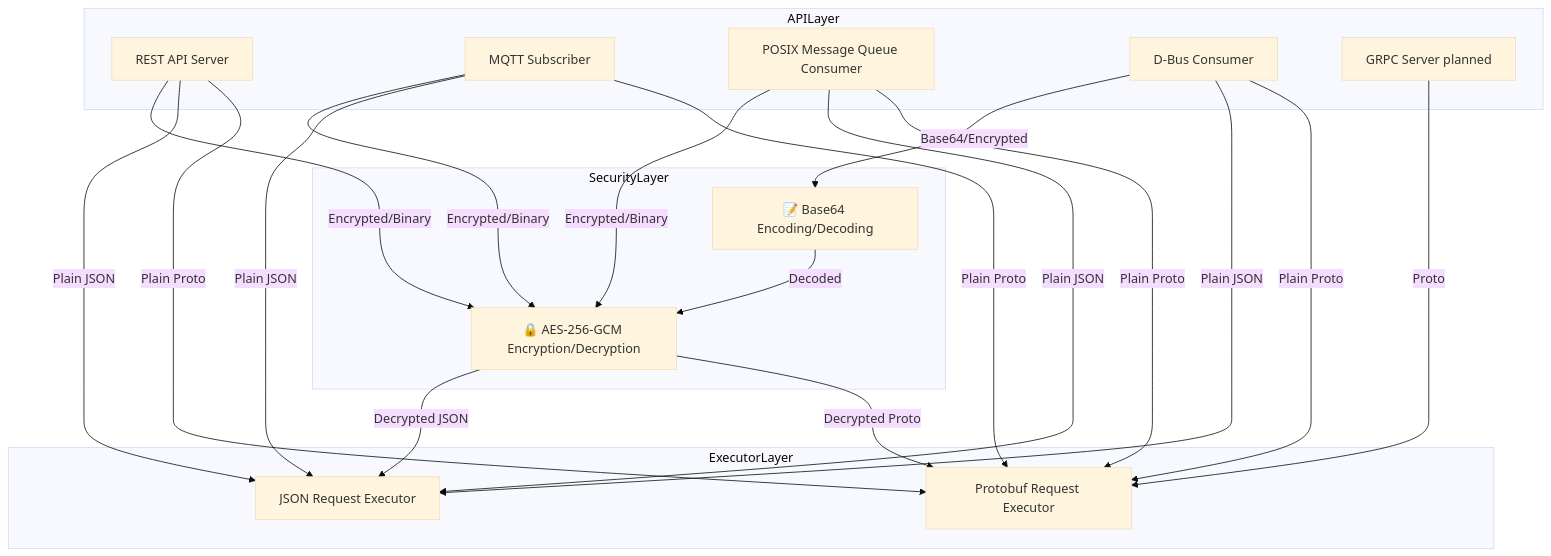
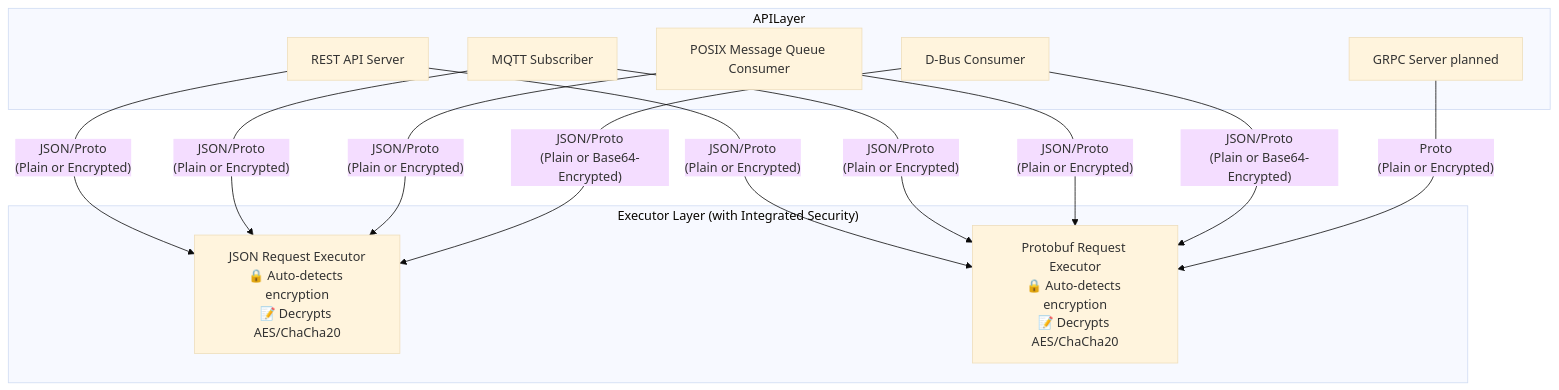
Before and after one commit to Komal-kalyanraman/container_manager: the second of 6 diagrams in docs/architecture/architecture_diagram.md, drawn with Mermaid (base theme). The commit also changed other lines of this file and 7 other files, not shown here.

Commit message:
updated architecture diagrams

````diff
--- a/docs/architecture/architecture_diagram.md
+++ b/docs/architecture/architecture_diagram.md
@@ -103,39 +90,25 @@
 ```mermaid
 flowchart TD
 subgraph APILayer
 REST[REST API Server]
 MQTT[MQTT Subscriber]
 MQ[POSIX Message Queue Consumer]
 DBUS[D-Bus Consumer]
 GRPC[GRPC Server planned]
 end
 
-subgraph SecurityLayer
-ENCRYPT[🔒 AES-256-GCM Encryption/Decryption]
-B64[📝 Base64 Encoding/Decoding]
+subgraph ExecutorLayer["Executor Layer (with Integrated Security)"]
+JSON[JSON Request Executor<br/>🔒 Auto-detects encryption<br/>📝 Decrypts AES/ChaCha20]
+PROTO[Protobuf Request Executor<br/>🔒 Auto-detects encryption<br/>📝 Decrypts AES/ChaCha20]
 end
 
-subgraph ExecutorLayer
-JSON[JSON Request Executor]
-PROTO[Protobuf Request Executor]
-end
-
-REST -- "Encrypted/Binary" --> ENCRYPT
-MQTT -- "Encrypted/Binary" --> ENCRYPT
-MQ -- "Encrypted/Binary" --> ENCRYPT
-DBUS -- "Base64/Encrypted" --> B64
-B64 -- "Decoded" --> ENCRYPT
-
-ENCRYPT -- "Decrypted JSON" --> JSON
-ENCRYPT -- "Decrypted Proto" --> PROTO
-
-REST -- "Plain JSON" --> JSON
-REST -- "Plain Proto" --> PROTO
-MQTT -- "Plain JSON" --> JSON
-MQTT -- "Plain Proto" --> PROTO
-MQ -- "Plain JSON" --> JSON
-MQ -- "Plain Proto" --> PROTO
-DBUS -- "Plain JSON" --> JSON
-DBUS -- "Plain Proto" --> PROTO
-GRPC -- "Proto" --> PROTO
+REST -- "JSON/Proto<br/>(Plain or Encrypted)" --> JSON
+REST -- "JSON/Proto<br/>(Plain or Encrypted)" --> PROTO
+MQTT -- "JSON/Proto<br/>(Plain or Encrypted)" --> JSON
+MQTT -- "JSON/Proto<br/>(Plain or Encrypted)" --> PROTO
+MQ -- "JSON/Proto<br/>(Plain or Encrypted)" --> JSON
+MQ -- "JSON/Proto<br/>(Plain or Encrypted)" --> PROTO
+DBUS -- "JSON/Proto<br/>(Plain or Base64-Encrypted)" --> JSON
+DBUS -- "JSON/Proto<br/>(Plain or Base64-Encrypted)" --> PROTO
+GRPC -- "Proto<br/>(Plain or Encrypted)" --> PROTO
 ```
````
